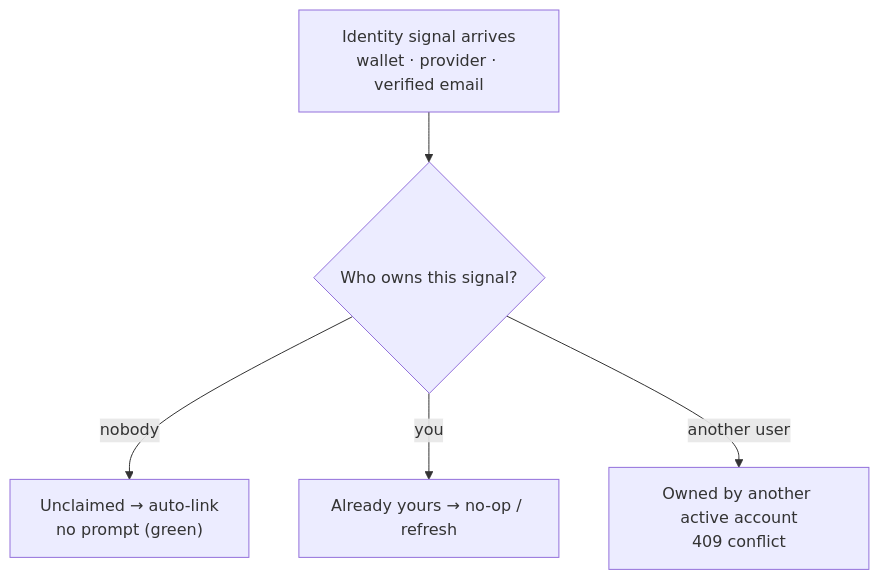
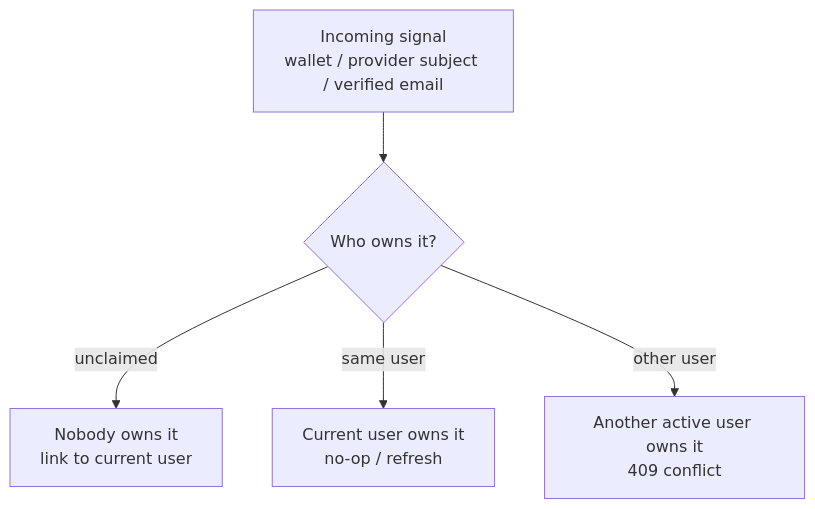
The seventh of 8 diagrams in specs/WIDGET-AUTH-PLAN.md (aomi-labs/aomi-widget), drawn with Mermaid before and after one commit. The commit also changed other lines of this file and 48 other files, not shown here.

````diff
--- a/specs/WIDGET-AUTH-PLAN.md
+++ b/specs/WIDGET-AUTH-PLAN.md
@@ -332,12 +435,13 @@
 ```mermaid
 flowchart TD
-  S["Identity signal arrives<br/>wallet · provider · verified email"]
-  Q{"Who owns this signal?"}
-  U["Unclaimed → auto-link<br/>no prompt (green)"]
-  M["Already yours → no-op / refresh"]
-  C["Owned by another active account<br/>409 conflict"]
+  S["Incoming signal<br/>wallet / provider subject / verified email"]
+  Q{"Who owns it?"}
+  A["Nobody owns it<br/>link to current user"]
+  N["Current user owns it<br/>no-op / refresh"]
+  C["Another active user owns it<br/>409 conflict"]
+
   S --> Q
-  Q -->|nobody| U
-  Q -->|you| M
-  Q -->|another user| C
+  Q -->|"unclaimed"| A
+  Q -->|"same user"| N
+  Q -->|"other user"| C
 ```
````
